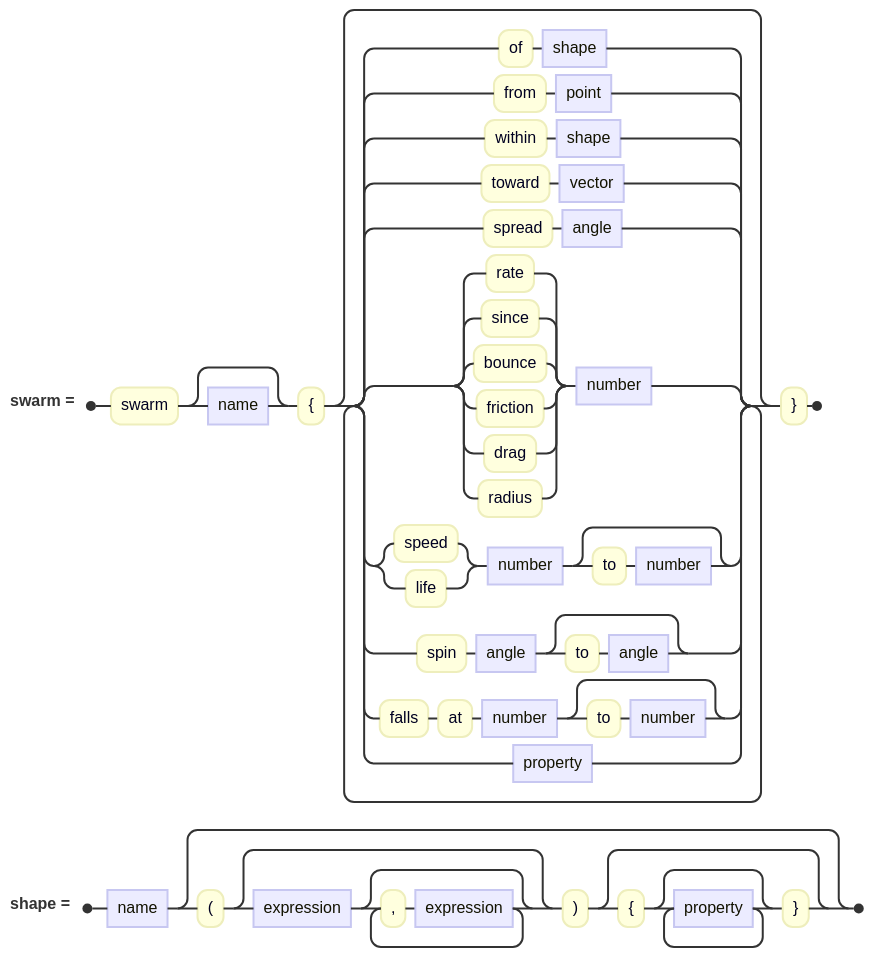
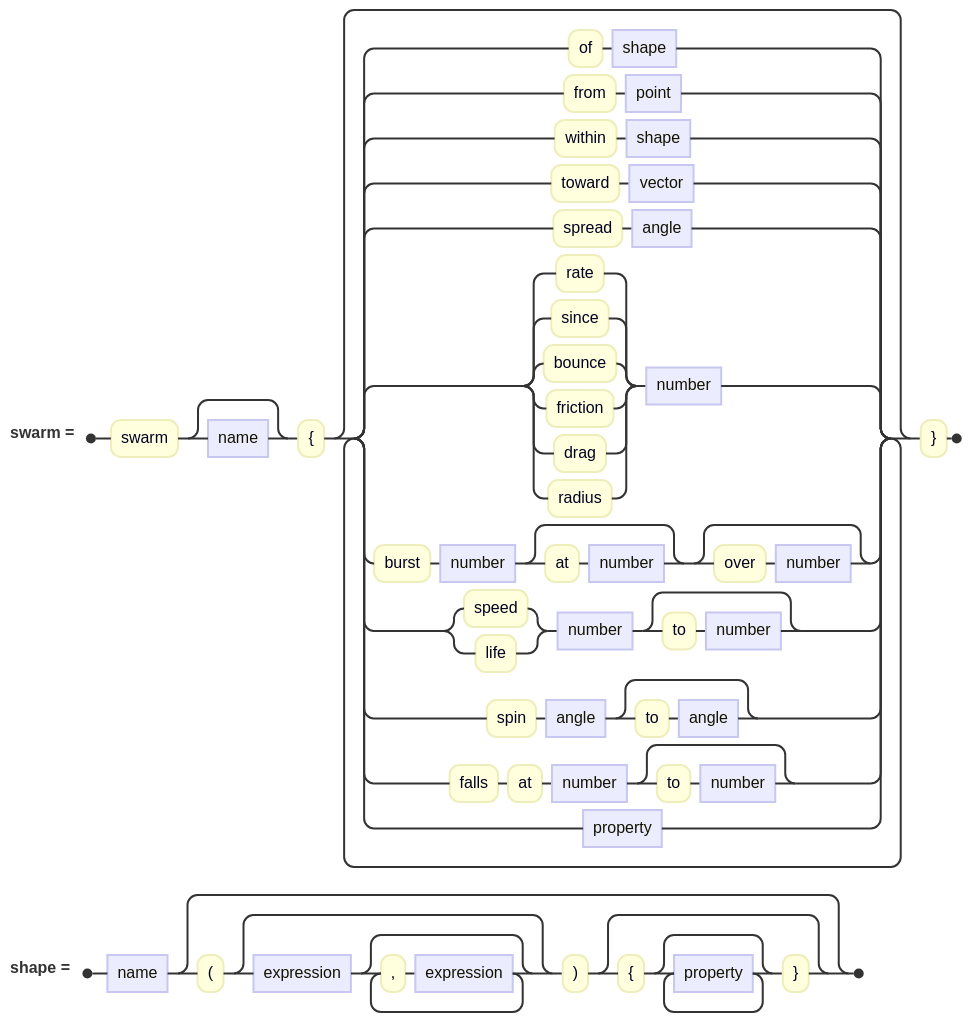
Before and after one commit to jskress/RayTracer: the diagram in docs/diagrams/animation/swarmClause.mmd, drawn with Mermaid. The commit also changed 15 other files, not shown here.

```diff
--- a/docs/diagrams/animation/swarmClause.mmd
+++ b/docs/diagrams/animation/swarmClause.mmd
@@ -1,9 +1,10 @@
 railroad-ebnf-beta
 title "A swarm"
 
 swarm = "swarm" [ name ] "{" { "of" shape | "from" point | "within" shape | "toward" vector | "spread" angle
       | ( "rate" | "since" | "bounce" | "friction" | "drag" | "radius" ) number
+      | "burst" number [ "at" number ] [ "over" number ]
       | ( "speed" | "life" ) number [ "to" number ] | "spin" angle [ "to" angle ]
       | "falls" "at" number [ "to" number ] | property } "}" ;
 
 shape = name [ "(" [ expression { "," expression } ] ")" [ "{" { property } "}" ] ] ;
```
